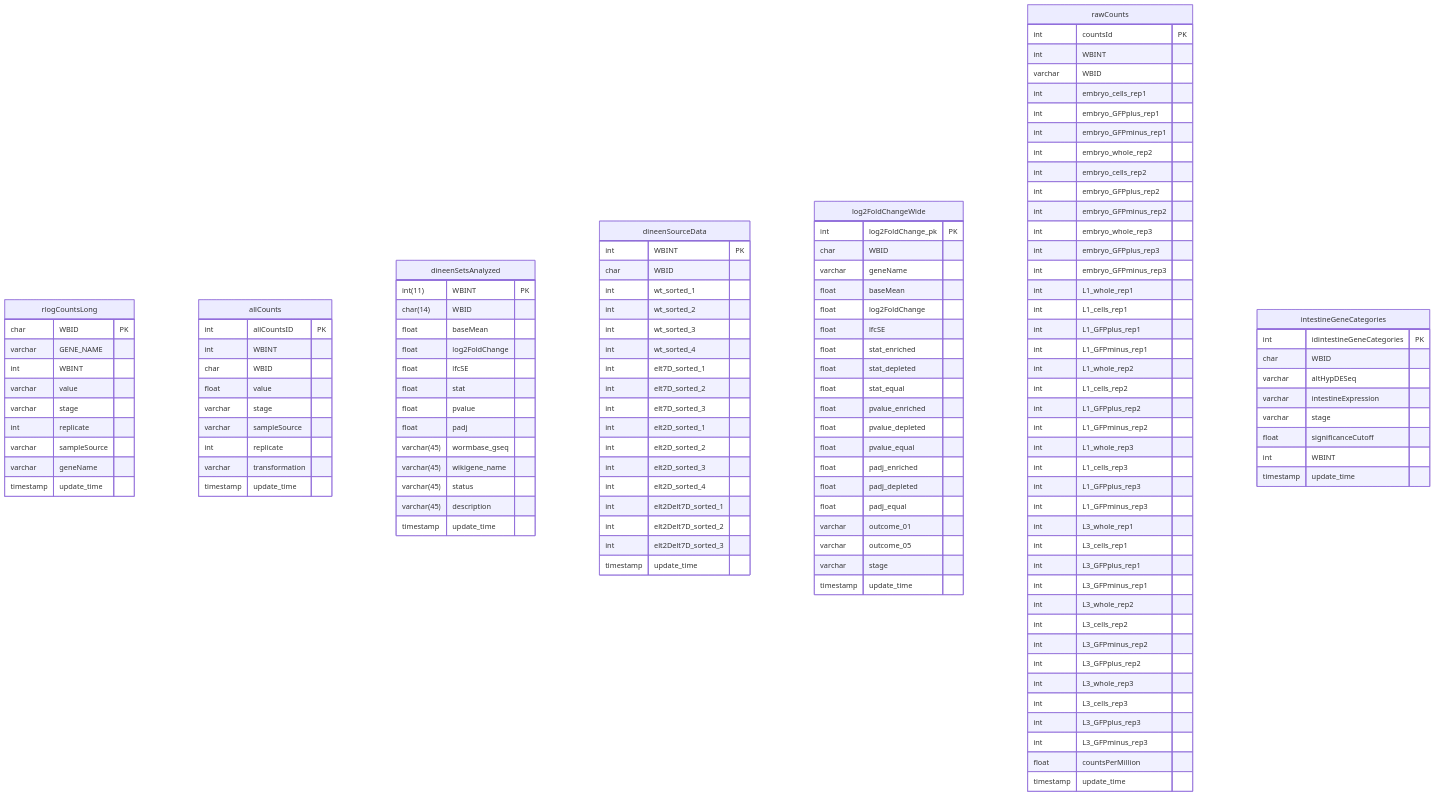
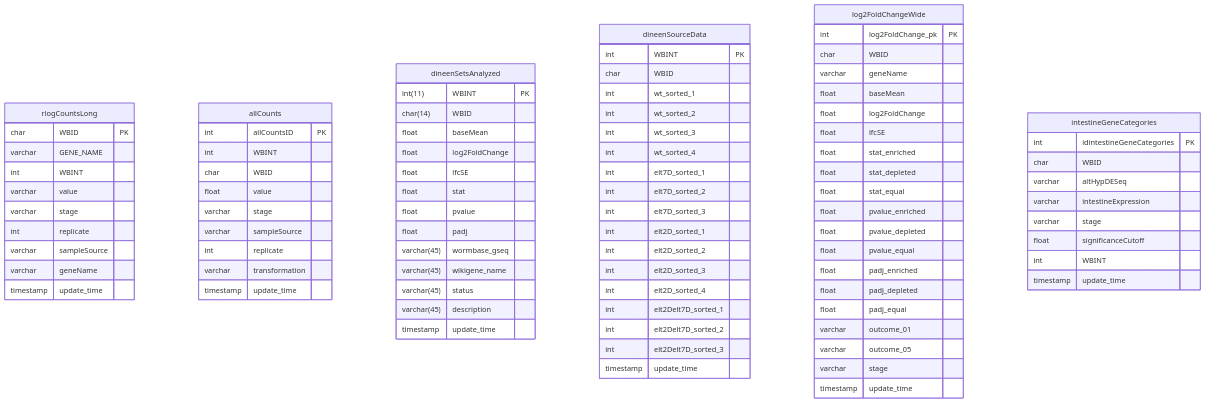
The first of 2 diagrams in README.md (meekrob/OnishRDB), drawn with Mermaid before and after one commit.

```diff
--- a/README.md
+++ b/README.md
@@ -173,48 +176,6 @@
 timestamp update_time
 }
 
-rawCounts {
-int countsId PK
-int WBINT
-varchar WBID
-int embryo_cells_rep1
-int embryo_GFPplus_rep1
-int embryo_GFPminus_rep1
-int embryo_whole_rep2
-int embryo_cells_rep2
-int embryo_GFPplus_rep2
-int embryo_GFPminus_rep2
-int embryo_whole_rep3
-int embryo_GFPplus_rep3
-int embryo_GFPminus_rep3
-int L1_whole_rep1
-int L1_cells_rep1
-int L1_GFPplus_rep1
-int L1_GFPminus_rep1
-int L1_whole_rep2
-int L1_cells_rep2
-int L1_GFPplus_rep2
-int L1_GFPminus_rep2
-int L1_whole_rep3
-int L1_cells_rep3
-int L1_GFPplus_rep3
-int L1_GFPminus_rep3
-int L3_whole_rep1
-int L3_cells_rep1
-int L3_GFPplus_rep1
-int L3_GFPminus_rep1
-int L3_whole_rep2
-int L3_cells_rep2
-int L3_GFPminus_rep2
-int L3_GFPplus_rep2
-int L3_whole_rep3
-int L3_cells_rep3
-int L3_GFPplus_rep3
-int L3_GFPminus_rep3
-float countsPerMillion
-timestamp update_time
-}
-
 
 intestineGeneCategories { 
 int idintestineGeneCategories PK
```
